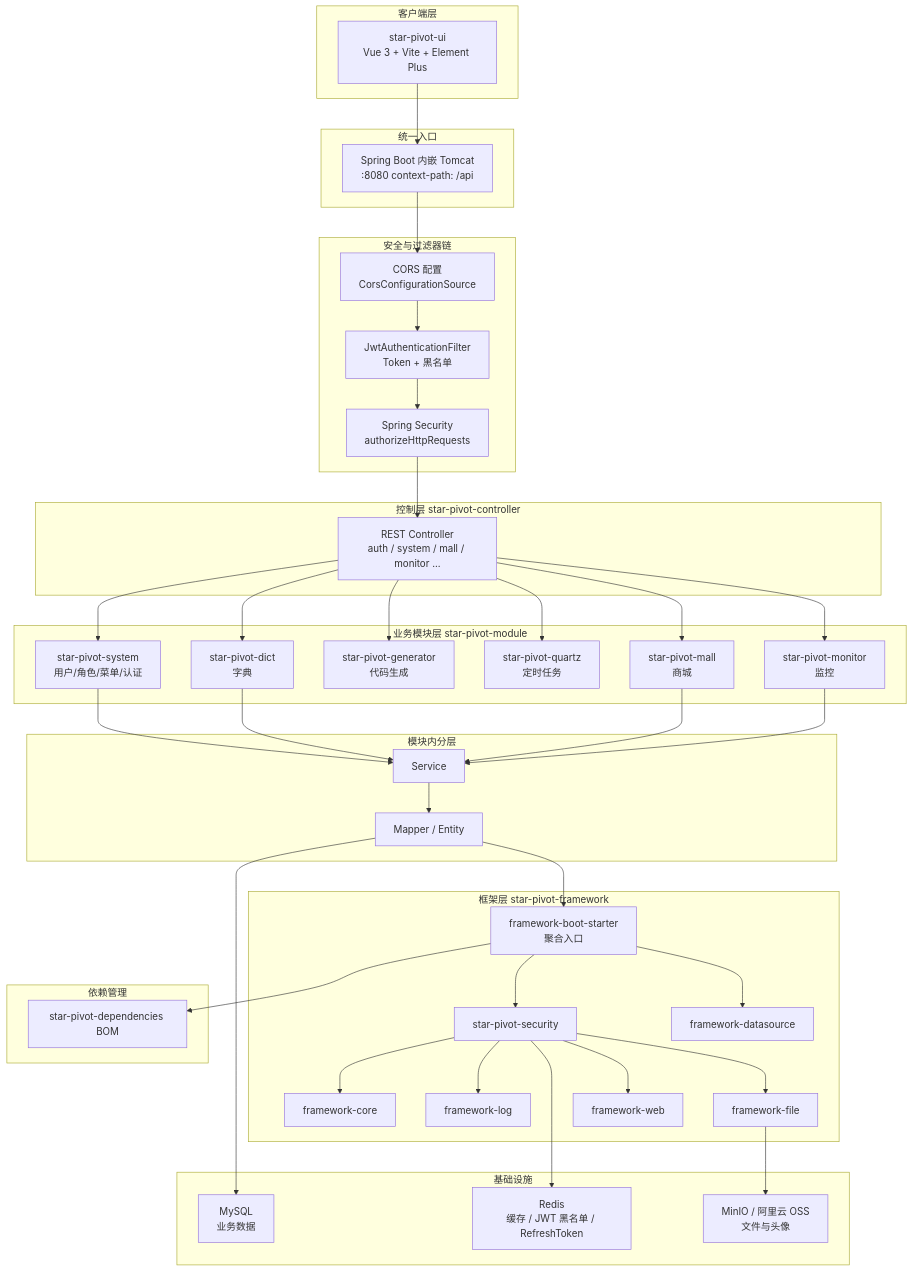
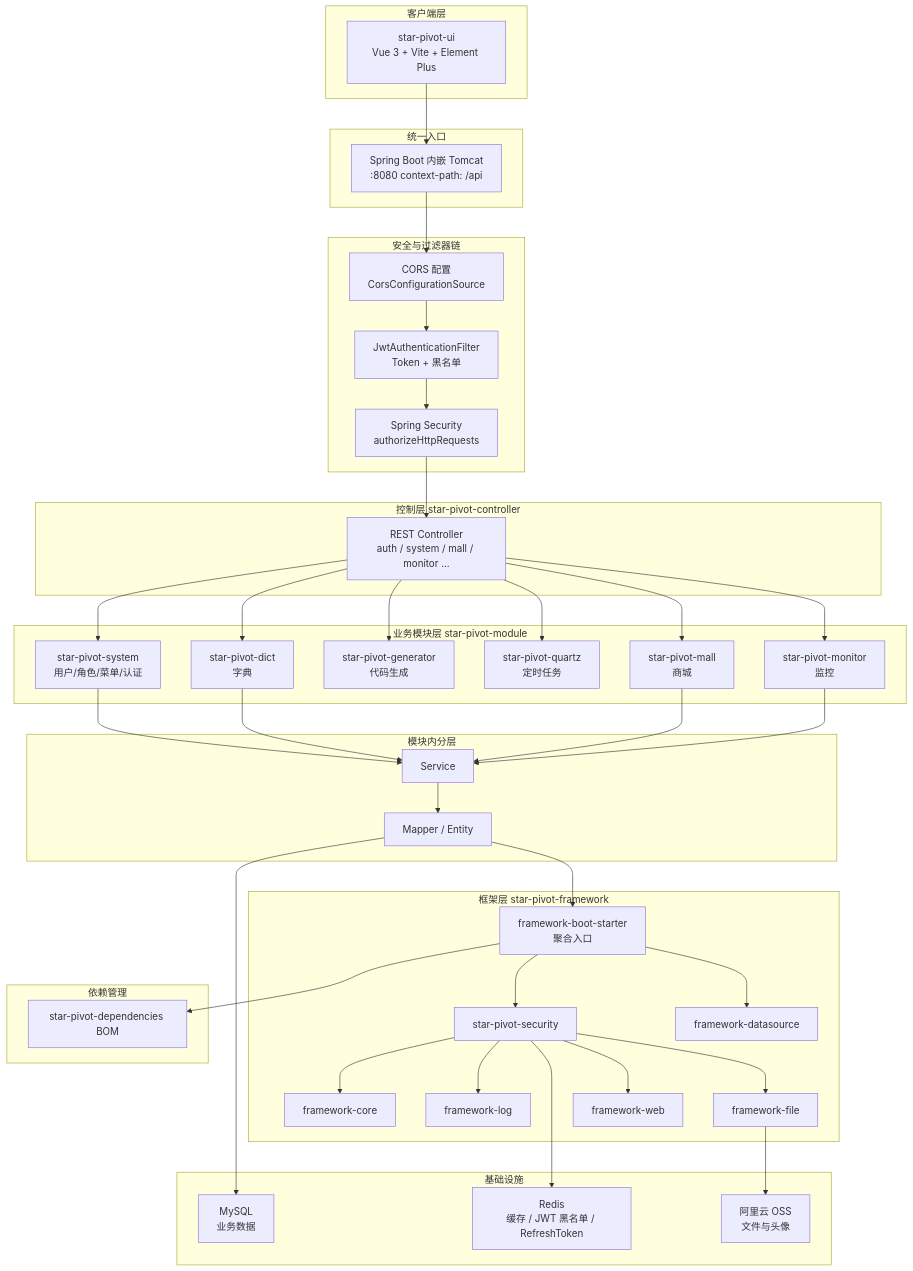
Before and after one commit to xinxin-star1998/star-pivot: the first of 8 diagrams in doc/架构图与流程图.md, drawn with Mermaid. The commit also changed other lines of this file and 20 other files, not shown here.

Commit message:
refactor(file): unify storage on OSS and remove MinIO

````diff
--- a/doc/架构图与流程图.md
+++ b/doc/架构图与流程图.md
@@ -17,81 +17,81 @@
 ```mermaid
 flowchart TB
     subgraph Client["客户端层"]
         Web["star-pivot-ui<br/>Vue 3 + Vite + Element Plus"]
     end
 
     subgraph Entry["统一入口"]
         Tomcat["Spring Boot 内嵌 Tomcat<br/>:8080  context-path: /api"]
     end
 
     subgraph AppLayer["安全与过滤器链"]
         Cors["CORS 配置<br/>CorsConfigurationSource"]
         Jwt["JwtAuthenticationFilter<br/>Token + 黑名单"]
         Sec["Spring Security<br/>authorizeHttpRequests"]
         Cors --> Jwt --> Sec
     end
 
     subgraph Ctrl["控制层 star-pivot-controller"]
         Ctl["REST Controller<br/>auth / system / mall / monitor ..."]
     end
 
     subgraph Biz["业务模块层 star-pivot-module"]
         M_sys["star-pivot-system<br/>用户/角色/菜单/认证"]
         M_dict["star-pivot-dict<br/>字典"]
         M_gen["star-pivot-generator<br/>代码生成"]
         M_qtz["star-pivot-quartz<br/>定时任务"]
         M_mon["star-pivot-monitor<br/>监控"]
         M_mall["star-pivot-mall<br/>商城"]
     end
 
     subgraph Svc["模块内分层"]
         S1["Service"]
         S2["Mapper / Entity"]
         S1 --> S2
     end
 
     subgraph Framework["框架层 star-pivot-framework"]
         FW_bs["framework-boot-starter<br/>聚合入口"]
         FW_sec["star-pivot-security"]
         FW_ds["framework-datasource"]
         FW_core["framework-core"]
         FW_log["framework-log"]
         FW_file["framework-file"]
         FW_web["framework-web"]
         FW_bs --> FW_sec
         FW_bs --> FW_ds
         FW_sec --> FW_core
         FW_sec --> FW_log
         FW_sec --> FW_file
         FW_sec --> FW_web
     end
 
     subgraph Dep["依赖管理"]
         BOM["star-pivot-dependencies BOM"]
     end
 
     subgraph Infra["基础设施"]
         MySQL["MySQL<br/>业务数据"]
         Redis["Redis<br/>缓存 / JWT 黑名单 / RefreshToken"]
-        OSS["MinIO / 阿里云 OSS<br/>文件与头像"]
+        OSS["阿里云 OSS<br/>文件与头像"]
     end
 
     Web --> Tomcat
     Tomcat --> Cors
     Sec --> Ctl
     Ctl --> M_sys
     Ctl --> M_dict
     Ctl --> M_gen
     Ctl --> M_qtz
     Ctl --> M_mon
     Ctl --> M_mall
     M_sys --> S1
     M_dict --> S1
     M_mall --> S1
     M_mon --> S1
     S2 --> FW_bs
     FW_bs --> BOM
     FW_sec --> Redis
     S2 --> MySQL
     FW_file --> OSS
 ```
````
